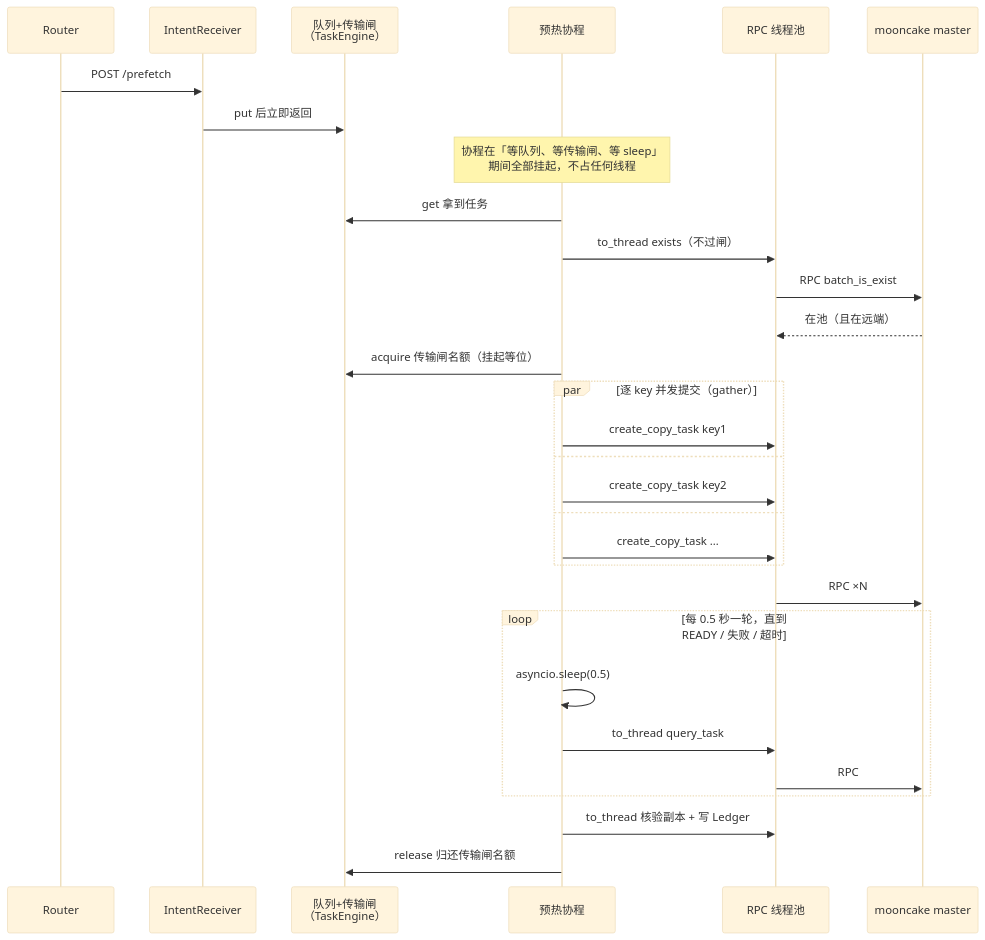
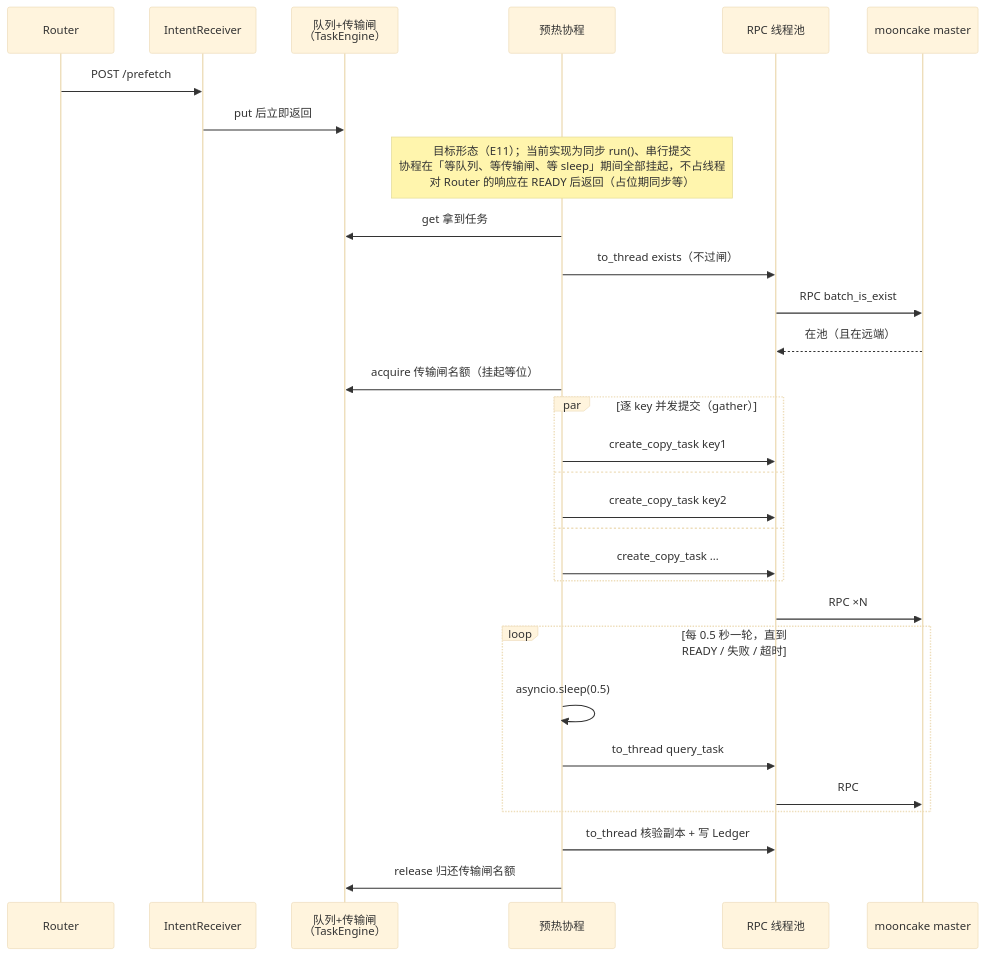
Before and after one commit to 5x8-40/lake: the seventh of 7 diagrams in kvcm/design/code-architecture.md, drawn with Mermaid (base theme). The commit also changed other lines of this file and 1 other file, not shown here.

````diff
--- a/kvcm/design/code-architecture.md
+++ b/kvcm/design/code-architecture.md
@@ -434,33 +435,33 @@
 ```mermaid
 sequenceDiagram
     participant R as Router
     participant Recv as IntentReceiver
     participant Q as 队列+传输闸<br/>（TaskEngine）
     participant W as 预热协程
     participant Ex as RPC 线程池
     participant M as mooncake master
 
     R->>Recv: POST /prefetch
     Recv->>Q: put 后立即返回
-    Note over W: 协程在「等队列、等传输闸、等 sleep」<br/>期间全部挂起，不占任何线程
+    Note over W: 目标形态（E11）；当前实现为同步 run()、串行提交<br/>协程在「等队列、等传输闸、等 sleep」期间全部挂起，不占线程<br/>对 Router 的响应在 READY 后返回（占位期同步等）
     W->>Q: get 拿到任务
     W->>Ex: to_thread exists（不过闸）
     Ex->>M: RPC batch_is_exist
     M-->>Ex: 在池（且在远端）
     W->>Q: acquire 传输闸名额（挂起等位）
     par 逐 key 并发提交（gather）
         W->>Ex: create_copy_task key1
     and
         W->>Ex: create_copy_task key2
     and
         W->>Ex: create_copy_task …
     end
     Ex->>M: RPC ×N
     loop 每 0.5 秒一轮，直到 READY / 失败 / 超时
         W->>W: asyncio.sleep(0.5)
         W->>Ex: to_thread query_task
         Ex->>M: RPC
     end
     W->>Ex: to_thread 核验副本 + 写 Ledger
     W->>Q: release 归还传输闸名额
 ```
````
